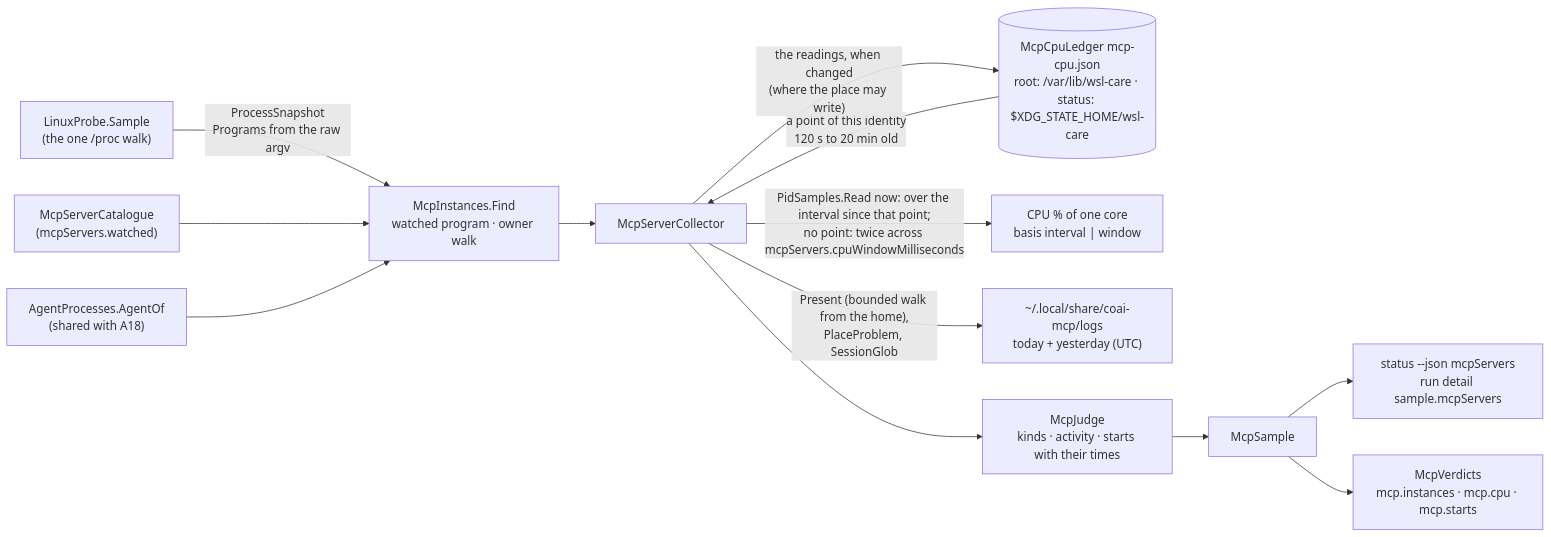
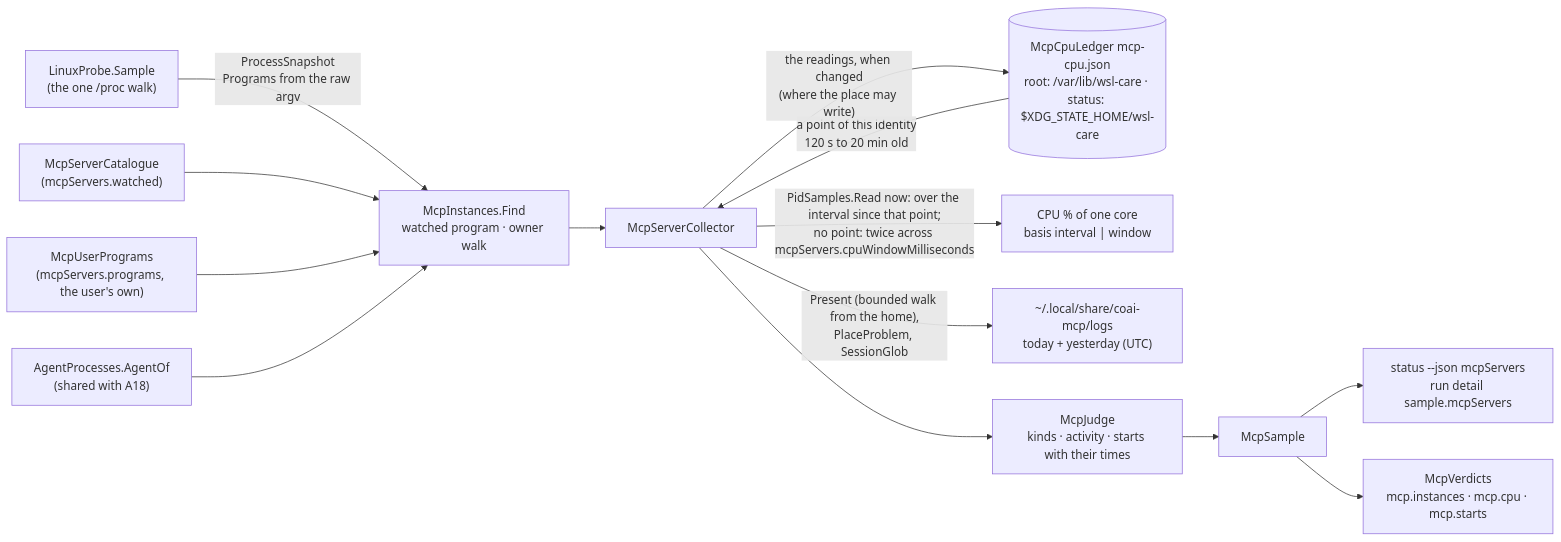
One commit to oleksandrdubyna88/wsl_care changed the diagram in research/module_mcp_servers.md. Above: the diagram before and after it, drawn with Mermaid. The commit also changed other lines of this file and 21 other files, not shown here.

First line of the commit message:
feat(daemon): users add their own MCP programs to the watched list (E14 S2c)

````diff
--- a/research/module_mcp_servers.md
+++ b/research/module_mcp_servers.md
@@ -24,15 +24,16 @@
 ```mermaid
 flowchart LR
     probe["LinuxProbe.Sample<br/>(the one /proc walk)"] -- "ProcessSnapshot<br/>Programs from the raw argv" --> find["McpInstances.Find<br/>watched program · owner walk"]
     catalogue["McpServerCatalogue<br/>(mcpServers.watched)"] --> find
+    programs["McpUserPrograms<br/>(mcpServers.programs, the user's own)"] --> find
     agentof["AgentProcesses.AgentOf<br/>(shared with A18)"] --> find
     find --> collector["McpServerCollector"]
     ledger[("McpCpuLedger mcp-cpu.json<br/>root: /var/lib/wsl-care · status: $XDG_STATE_HOME/wsl-care")] -- "a point of this identity<br/>120 s to 20 min old" --> collector
     collector -- "the readings, when changed<br/>(where the place may write)" --> ledger
     collector -- "PidSamples.Read now: over the interval since that point;<br/>no point: twice across mcpServers.cpuWindowMilliseconds" --> cpu["CPU % of one core<br/>basis interval | window"]
     collector -- "Present (bounded walk from the home),<br/>PlaceProblem, SessionGlob" --> logs["~/.local/share/coai-mcp/logs<br/>today + yesterday (UTC)"]
     collector --> judge["McpJudge<br/>kinds · activity · starts with their times"]
     judge --> sample["McpSample"]
     sample --> report["status --json mcpServers<br/>run detail sample.mcpServers"]
     sample --> verdicts["McpVerdicts<br/>mcp.instances · mcp.cpu · mcp.starts"]
 ```
````
